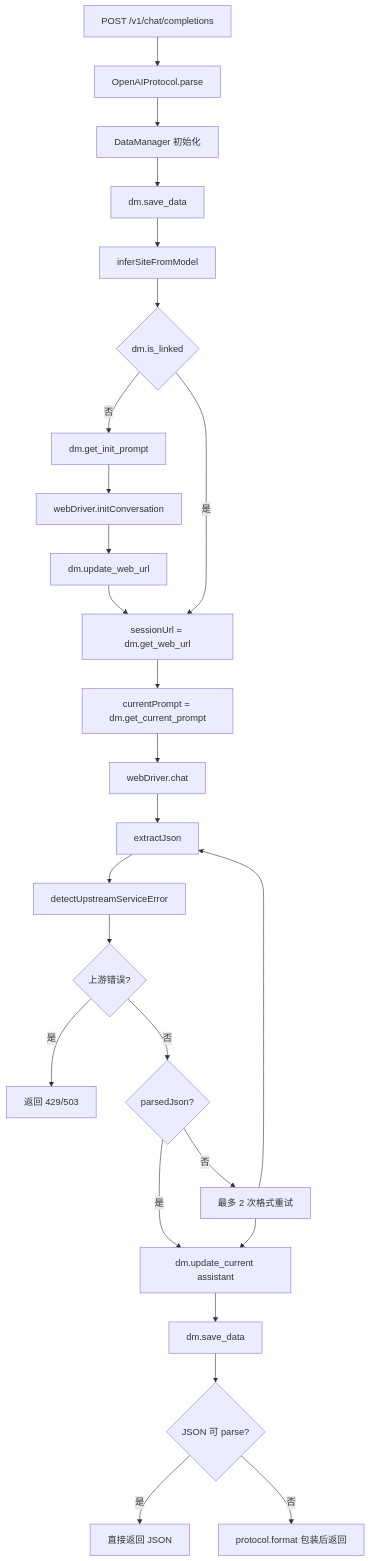
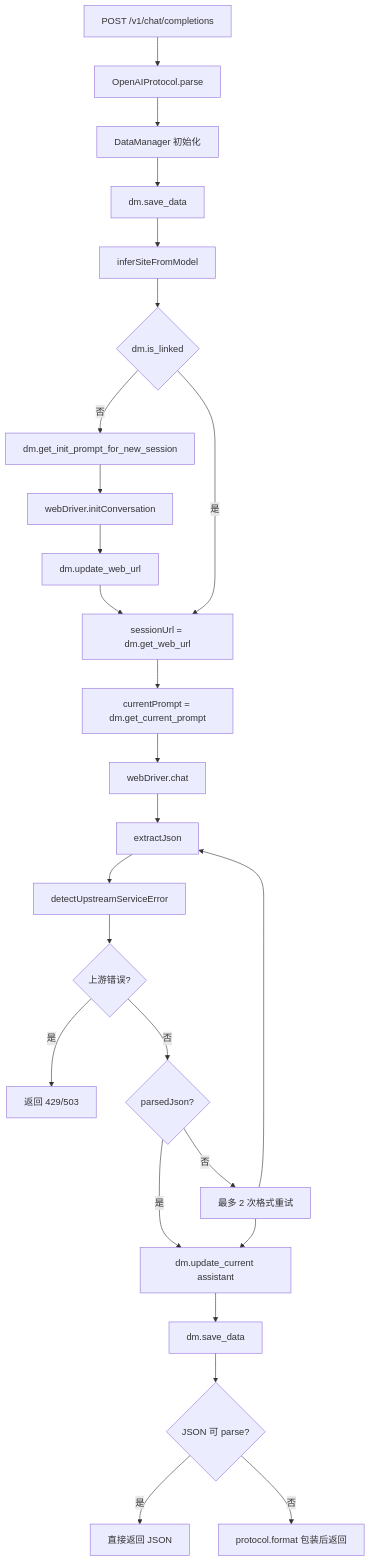
The diagram in docs/controller.md (fgheng/WebClawProxy), drawn with Mermaid before and after one commit. The commit also changed other lines of this file and 5 other files, not shown here.

````diff
--- a/docs/controller.md
+++ b/docs/controller.md
@@ -75,34 +75,34 @@
 ```mermaid
 flowchart TD
     A[POST /v1/chat/completions] --> B[OpenAIProtocol.parse]
     B --> C[DataManager 初始化]
     C --> D[dm.save_data]
     D --> E[inferSiteFromModel]
     E --> F{dm.is_linked}
 
-    F -- 否 --> G[dm.get_init_prompt]
+    F -- 否 --> G[dm.get_init_prompt_for_new_session]
     G --> H[webDriver.initConversation]
     H --> I[dm.update_web_url]
     I --> J[sessionUrl = dm.get_web_url]
 
     F -- 是 --> J
 
     J --> K[currentPrompt = dm.get_current_prompt]
     K --> L[webDriver.chat]
     L --> M[extractJson]
     M --> N[detectUpstreamServiceError]
     N --> O{上游错误?}
 
     O -- 是 --> P[返回 429/503]
     O -- 否 --> Q{parsedJson?}
 
     Q -- 否 --> R[最多 2 次格式重试]
     R --> M
 
     Q -- 是 --> S[dm.update_current assistant]
     R --> S
     S --> T[dm.save_data]
     T --> U{JSON 可 parse?}
     U -- 是 --> V[直接返回 JSON]
     U -- 否 --> W[protocol.format 包装后返回]
 ```
````
